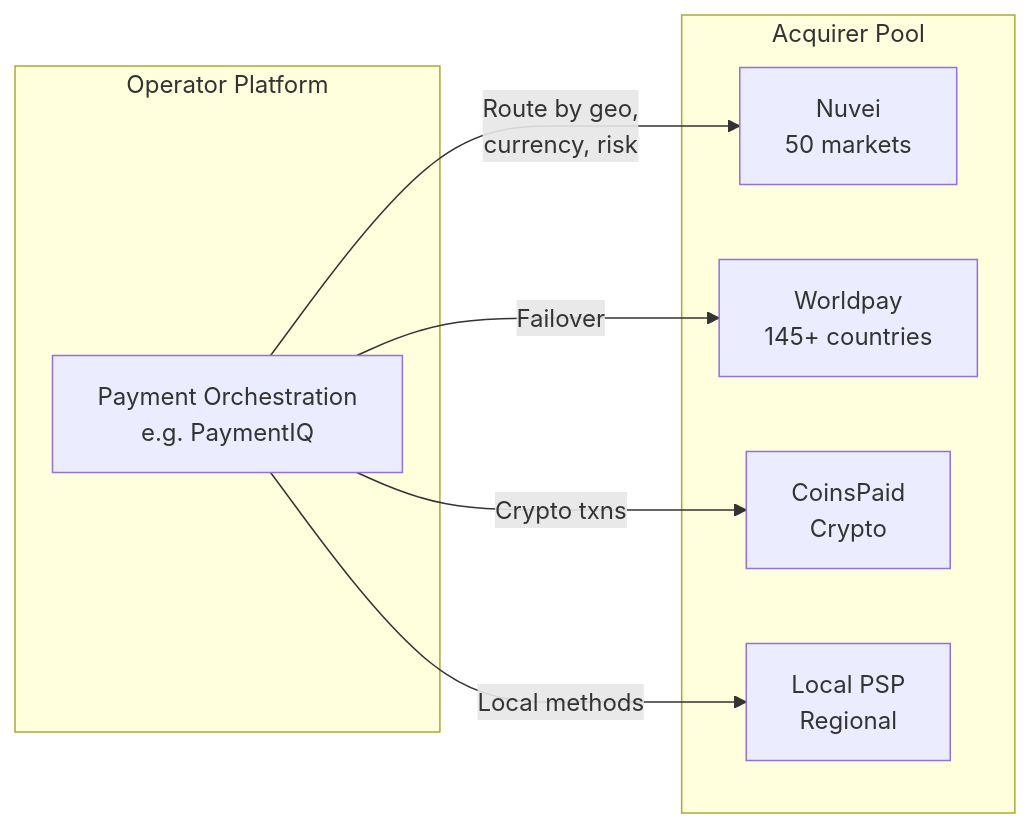
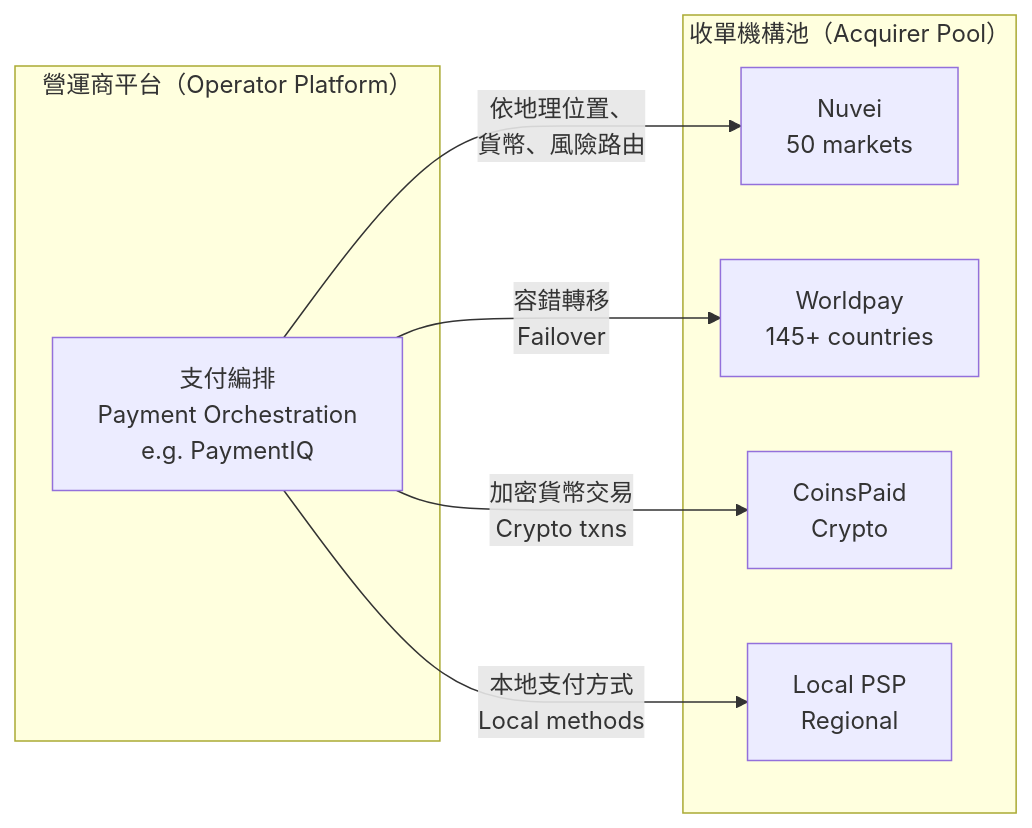
One commit to ron03wlb/smart-admin changed the tenth of 12 diagrams in docs/iGaming/architecture/00_Overview/Platform_Architecture.md. Above: the diagram before and after it, drawn with Mermaid. The commit also changed other lines of this file, not shown here.

First line of the commit message:
docs(iGaming): translate Platform_Architecture.md to Traditional Chinese

````diff
--- a/docs/iGaming/architecture/00_Overview/Platform_Architecture.md
+++ b/docs/iGaming/architecture/00_Overview/Platform_Architecture.md
@@ -420,18 +420,18 @@
 ```mermaid
 flowchart LR
-    subgraph Operator["Operator Platform"]
-        PAY_ORCH[Payment Orchestration<br/>e.g. PaymentIQ]
+    subgraph Operator["營運商平台（Operator Platform）"]
+        PAY_ORCH[支付編排<br/>Payment Orchestration<br/>e.g. PaymentIQ]
     end
 
-    subgraph Acquirers["Acquirer Pool"]
+    subgraph Acquirers["收單機構池（Acquirer Pool）"]
         ACQ1[Nuvei<br/>50 markets]
         ACQ2[Worldpay<br/>145+ countries]
         ACQ3[CoinsPaid<br/>Crypto]
         ACQ4[Local PSP<br/>Regional]
     end
 
-    PAY_ORCH -->|Route by geo,<br/>currency, risk| ACQ1
-    PAY_ORCH -->|Failover| ACQ2
-    PAY_ORCH -->|Crypto txns| ACQ3
-    PAY_ORCH -->|Local methods| ACQ4
+    PAY_ORCH -->|依地理位置、<br/>貨幣、風險路由| ACQ1
+    PAY_ORCH -->|容錯轉移<br/>Failover| ACQ2
+    PAY_ORCH -->|加密貨幣交易<br/>Crypto txns| ACQ3
+    PAY_ORCH -->|本地支付方式<br/>Local methods| ACQ4
 ```
````
